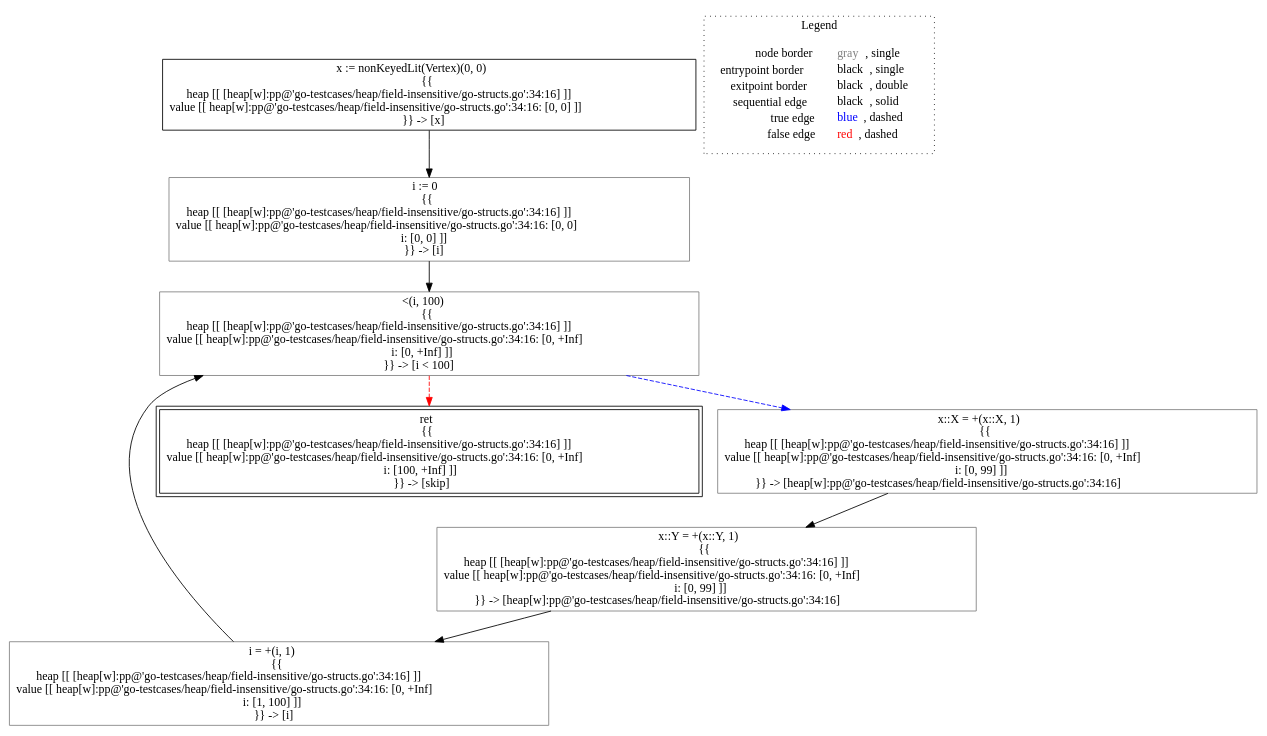
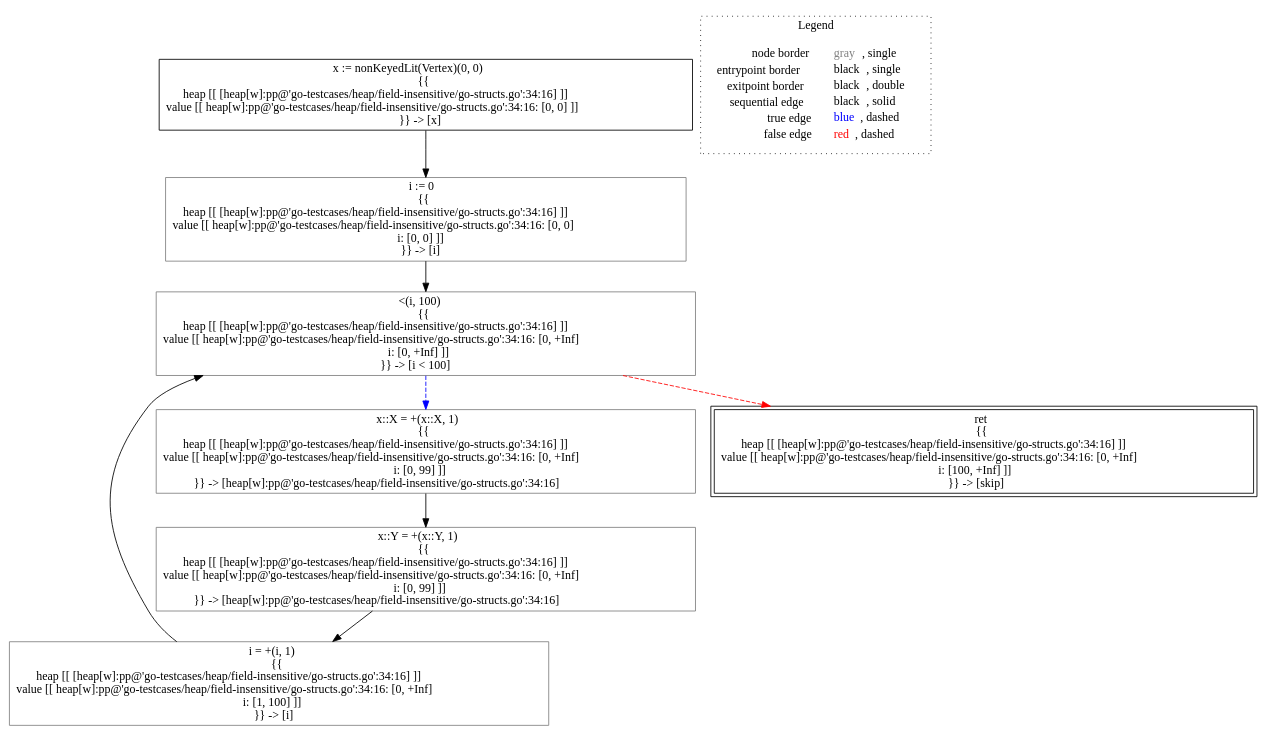
Before and after one commit to lisa-analyzer/go-lisa: the diagram in go-lisa/go-testcases/heap/field-insensitive/analysis___untyped_~LiSAProgram.forAlloc().dot, drawn with Graphviz. The commit also changed 39 other files, not shown here.

```diff
--- a/go-lisa/go-testcases/heap/field-insensitive/analysis___untyped_~LiSAProgram.forAlloc().dot
+++ b/go-lisa/go-testcases/heap/field-insensitive/analysis___untyped_~LiSAProgram.forAlloc().dot
@@ -1,23 +1,23 @@
 digraph {
 	"node0" [shape="rect",color="black",label=<x := nonKeyedLit(Vertex)(0, 0)<BR/>{{<BR/>heap [[ [heap[w]:pp@'go-testcases/heap/field-insensitive/go-structs.go':34:16] ]]<BR/>value [[ heap[w]:pp@'go-testcases/heap/field-insensitive/go-structs.go':34:16: [0, 0] ]]<BR/>}} -&gt; [x]>];
-	"node1" [shape="rect",color="gray",label=<i = +(i, 1)<BR/>{{<BR/>heap [[ [heap[w]:pp@'go-testcases/heap/field-insensitive/go-structs.go':34:16] ]]<BR/>value [[ heap[w]:pp@'go-testcases/heap/field-insensitive/go-structs.go':34:16: [0, +Inf]<BR/>i: [1, 100] ]]<BR/>}} -&gt; [i]>];
-	"node2" [shape="rect",color="gray",label=<i := 0<BR/>{{<BR/>heap [[ [heap[w]:pp@'go-testcases/heap/field-insensitive/go-structs.go':34:16] ]]<BR/>value [[ heap[w]:pp@'go-testcases/heap/field-insensitive/go-structs.go':34:16: [0, 0]<BR/>i: [0, 0] ]]<BR/>}} -&gt; [i]>];
-	"node3" [shape="rect",color="gray",label=<&lt;(i, 100)<BR/>{{<BR/>heap [[ [heap[w]:pp@'go-testcases/heap/field-insensitive/go-structs.go':34:16] ]]<BR/>value [[ heap[w]:pp@'go-testcases/heap/field-insensitive/go-structs.go':34:16: [0, +Inf]<BR/>i: [0, +Inf] ]]<BR/>}} -&gt; [i &lt; 100]>];
-	"node4" [shape="rect",color="gray",label=<x::Y = +(x::Y, 1)<BR/>{{<BR/>heap [[ [heap[w]:pp@'go-testcases/heap/field-insensitive/go-structs.go':34:16] ]]<BR/>value [[ heap[w]:pp@'go-testcases/heap/field-insensitive/go-structs.go':34:16: [0, +Inf]<BR/>i: [0, 99] ]]<BR/>}} -&gt; [heap[w]:pp@'go-testcases/heap/field-insensitive/go-structs.go':34:16]>];
-	"node5" [shape="rect",color="black",peripheries="2",label=<ret<BR/>{{<BR/>heap [[ [heap[w]:pp@'go-testcases/heap/field-insensitive/go-structs.go':34:16] ]]<BR/>value [[ heap[w]:pp@'go-testcases/heap/field-insensitive/go-structs.go':34:16: [0, +Inf]<BR/>i: [100, +Inf] ]]<BR/>}} -&gt; [skip]>];
-	"node6" [shape="rect",color="gray",label=<x::X = +(x::X, 1)<BR/>{{<BR/>heap [[ [heap[w]:pp@'go-testcases/heap/field-insensitive/go-structs.go':34:16] ]]<BR/>value [[ heap[w]:pp@'go-testcases/heap/field-insensitive/go-structs.go':34:16: [0, +Inf]<BR/>i: [0, 99] ]]<BR/>}} -&gt; [heap[w]:pp@'go-testcases/heap/field-insensitive/go-structs.go':34:16]>];
-	"node1" -> "node3" [color="black"];
-	"node0" -> "node2" [color="black"];
-	"node2" -> "node3" [color="black"];
-	"node3" -> "node5" [color="red",style="dashed"];
-	"node3" -> "node6" [color="blue",style="dashed"];
-	"node4" -> "node1" [color="black"];
-	"node6" -> "node4" [color="black"];
+	"node1" [shape="rect",color="gray",label=<i := 0<BR/>{{<BR/>heap [[ [heap[w]:pp@'go-testcases/heap/field-insensitive/go-structs.go':34:16] ]]<BR/>value [[ heap[w]:pp@'go-testcases/heap/field-insensitive/go-structs.go':34:16: [0, 0]<BR/>i: [0, 0] ]]<BR/>}} -&gt; [i]>];
+	"node2" [shape="rect",color="gray",label=<i = +(i, 1)<BR/>{{<BR/>heap [[ [heap[w]:pp@'go-testcases/heap/field-insensitive/go-structs.go':34:16] ]]<BR/>value [[ heap[w]:pp@'go-testcases/heap/field-insensitive/go-structs.go':34:16: [0, +Inf]<BR/>i: [1, 100] ]]<BR/>}} -&gt; [i]>];
+	"node3" [shape="rect",color="gray",label=<x::Y = +(x::Y, 1)<BR/>{{<BR/>heap [[ [heap[w]:pp@'go-testcases/heap/field-insensitive/go-structs.go':34:16] ]]<BR/>value [[ heap[w]:pp@'go-testcases/heap/field-insensitive/go-structs.go':34:16: [0, +Inf]<BR/>i: [0, 99] ]]<BR/>}} -&gt; [heap[w]:pp@'go-testcases/heap/field-insensitive/go-structs.go':34:16]>];
+	"node4" [shape="rect",color="gray",label=<&lt;(i, 100)<BR/>{{<BR/>heap [[ [heap[w]:pp@'go-testcases/heap/field-insensitive/go-structs.go':34:16] ]]<BR/>value [[ heap[w]:pp@'go-testcases/heap/field-insensitive/go-structs.go':34:16: [0, +Inf]<BR/>i: [0, +Inf] ]]<BR/>}} -&gt; [i &lt; 100]>];
+	"node5" [shape="rect",color="gray",label=<x::X = +(x::X, 1)<BR/>{{<BR/>heap [[ [heap[w]:pp@'go-testcases/heap/field-insensitive/go-structs.go':34:16] ]]<BR/>value [[ heap[w]:pp@'go-testcases/heap/field-insensitive/go-structs.go':34:16: [0, +Inf]<BR/>i: [0, 99] ]]<BR/>}} -&gt; [heap[w]:pp@'go-testcases/heap/field-insensitive/go-structs.go':34:16]>];
+	"node6" [shape="rect",color="black",peripheries="2",label=<ret<BR/>{{<BR/>heap [[ [heap[w]:pp@'go-testcases/heap/field-insensitive/go-structs.go':34:16] ]]<BR/>value [[ heap[w]:pp@'go-testcases/heap/field-insensitive/go-structs.go':34:16: [0, +Inf]<BR/>i: [100, +Inf] ]]<BR/>}} -&gt; [skip]>];
+	"node1" -> "node4" [color="black"];
+	"node2" -> "node4" [color="black"];
+	"node3" -> "node2" [color="black"];
+	"node4" -> "node5" [color="blue",style="dashed"];
+	"node4" -> "node6" [color="red",style="dashed"];
+	"node0" -> "node1" [color="black"];
+	"node5" -> "node3" [color="black"];
 subgraph cluster_legend {
 	label="Legend";
 	style=dotted;
 	node [shape=plaintext];
 	"legend" [label=<<table border="0" cellpadding="2" cellspacing="0" cellborder="0"><tr><td align="right">node border&nbsp;</td><td align="left"><font color="gray">gray</font>, single</td></tr><tr><td align="right">entrypoint border&nbsp;</td><td align="left"><font color="black">black</font>, single</td></tr><tr><td align="right">exitpoint border&nbsp;</td><td align="left"><font color="black">black</font>, double</td></tr><tr><td align="right">sequential edge&nbsp;</td><td align="left"><font color="black">black</font>, solid</td></tr><tr><td align="right">true edge&nbsp;</td><td align="left"><font color="blue">blue</font>, dashed</td></tr><tr><td align="right">false edge&nbsp;</td><td align="left"><font color="red">red</font>, dashed</td></tr></table>>];
 }
 
 }
```
